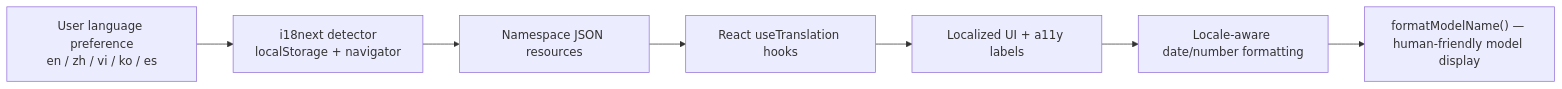
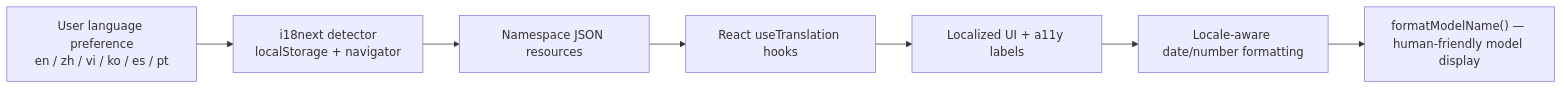
Before and after one commit to hoangsonww/Claude-Code-Agent-Monitor: the eighth of 15 diagrams in docs/README.md, drawn with Mermaid. The commit also changed other lines of this file and 27 other files, not shown here.

````diff
--- a/docs/README.md
+++ b/docs/README.md
@@ -250,9 +250,9 @@
 ```mermaid
 flowchart LR
-    A["User language preference<br/>en / zh / vi / ko / es"] --> B["i18next detector<br/>localStorage + navigator"]
+    A["User language preference<br/>en / zh / vi / ko / es / pt"] --> B["i18next detector<br/>localStorage + navigator"]
     B --> C["Namespace JSON resources"]
     C --> D["React useTranslation hooks"]
     D --> E["Localized UI + a11y labels"]
     E --> F["Locale-aware date/number formatting"]
     F --> G["formatModelName() — human-friendly model display"]
 ```
````
